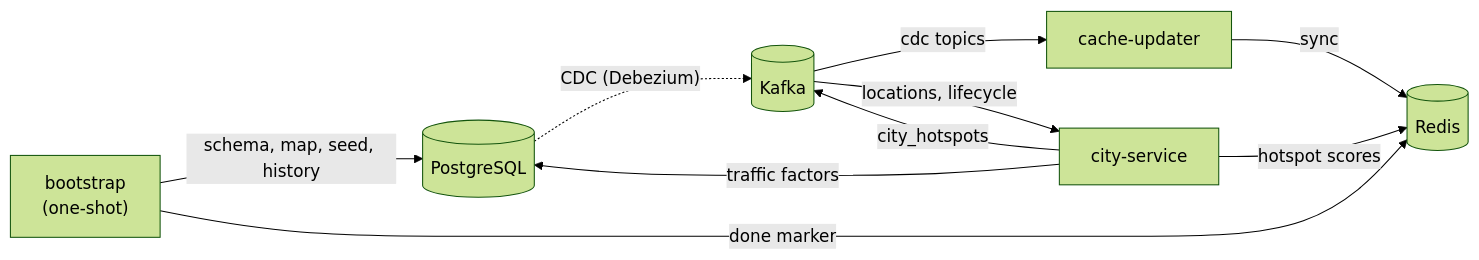
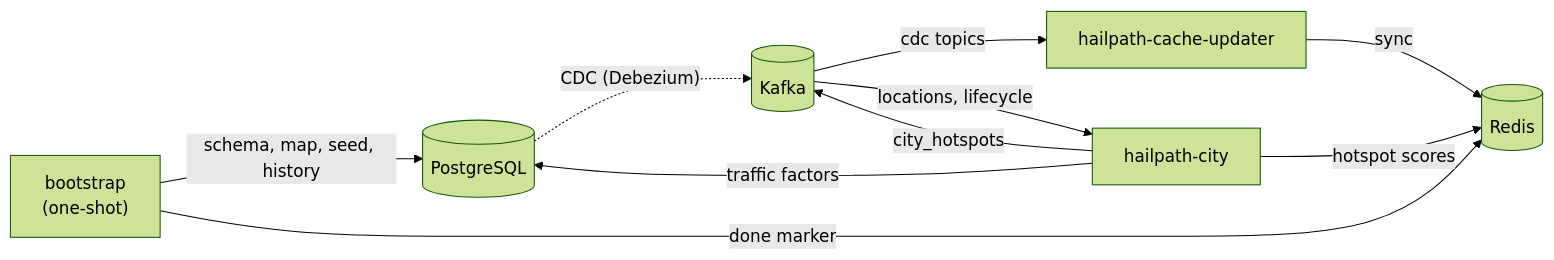
Before and after one commit to bahman-farhadian/Meanul-Data-Studio: the third of 9 diagrams in README.md, drawn with Mermaid (forest theme). The commit also changed other lines of this file and 114 other files, not shown here.

````diff
--- a/README.md
+++ b/README.md
@@ -226,22 +223,22 @@
 ```mermaid
 graph LR
     BOOT["bootstrap<br/>(one-shot)"]
-    CITY["city-service"]
-    CUPD["cache-updater"]
+    CITY["hailpath-city"]
+    CUPD["hailpath-cache-updater"]
 
     PG[("PostgreSQL")]
     REDIS[("Redis")]
     KAFKA[("Kafka")]
 
     BOOT -->|"schema, map, seed, history"| PG
     BOOT -->|"done marker"| REDIS
 
     PG -.->|"CDC (Debezium)"| KAFKA
     KAFKA -->|"cdc topics"| CUPD
     CUPD -->|"sync"| REDIS
 
     KAFKA -->|"locations, lifecycle"| CITY
     CITY -->|"hotspot scores"| REDIS
     CITY -->|"traffic factors"| PG
     CITY -->|"city_hotspots"| KAFKA
 ```
````
